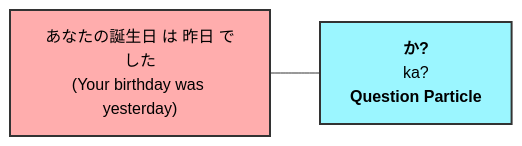
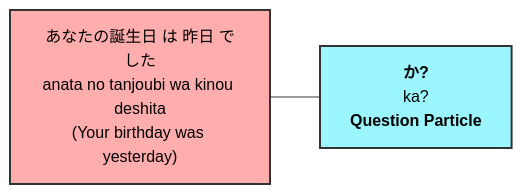
Before and after one commit to shainsethi/n5: the seventh of 12 diagrams in grammar/grammar-solutions.md, drawn with Mermaid. The commit also changed other lines of this file and 1 other file, not shown here.

Commit message:
feat: add N5 grammar reference and practice solution files with Mermaid diagrams

````diff
--- a/grammar/grammar-solutions.md
+++ b/grammar/grammar-solutions.md
@@ -101,6 +101,6 @@
 ```mermaid
 graph LR
-    Aff["あなたの誕生日 は 昨日 でした<br/>(Your birthday was yesterday)"] --- Q["<b>か?</b><br/>ka?<br/><b>Question Particle</b>"]
+    Aff["あなたの誕生日 は 昨日 でした<br/>anata no tanjoubi wa kinou deshita<br/>(Your birthday was yesterday)"] --- Q["<b>か?</b><br/>ka?<br/><b>Question Particle</b>"]
     style Aff fill:#ffadad,stroke:#333,stroke-width:2px,color:#000
     style Q fill:#9bf6ff,stroke:#333,stroke-width:2px,color:#000
 ```
````
